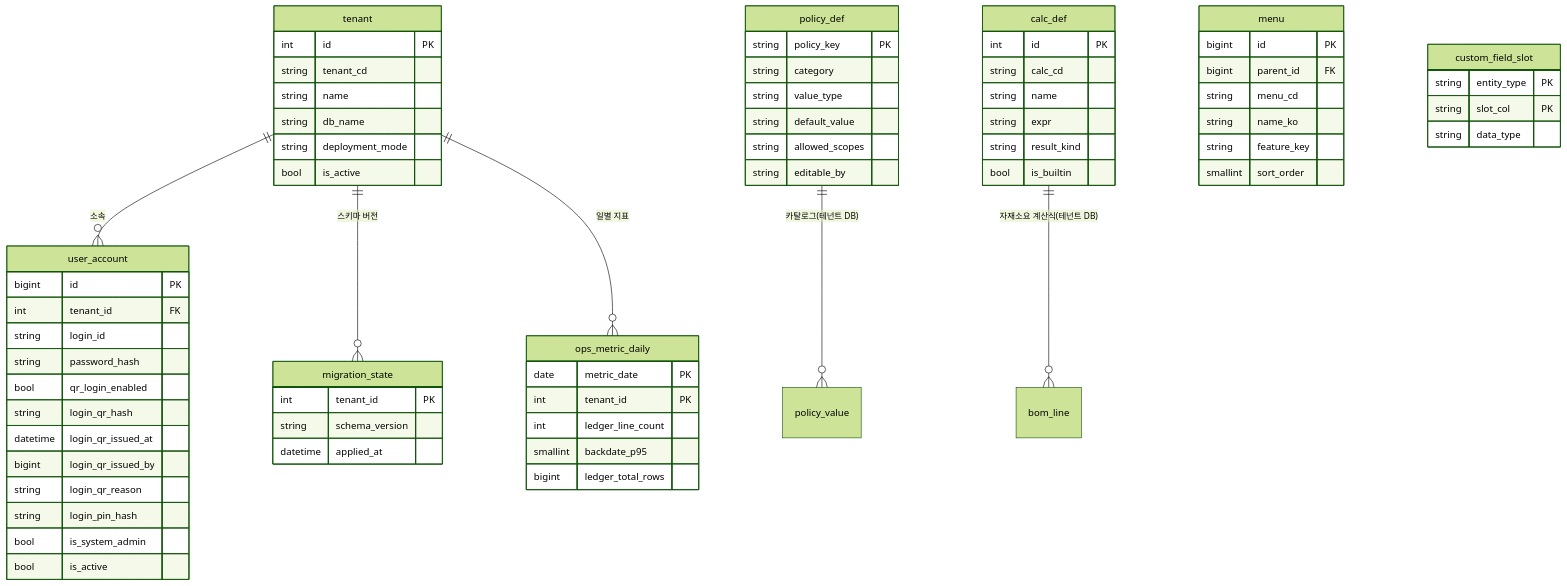
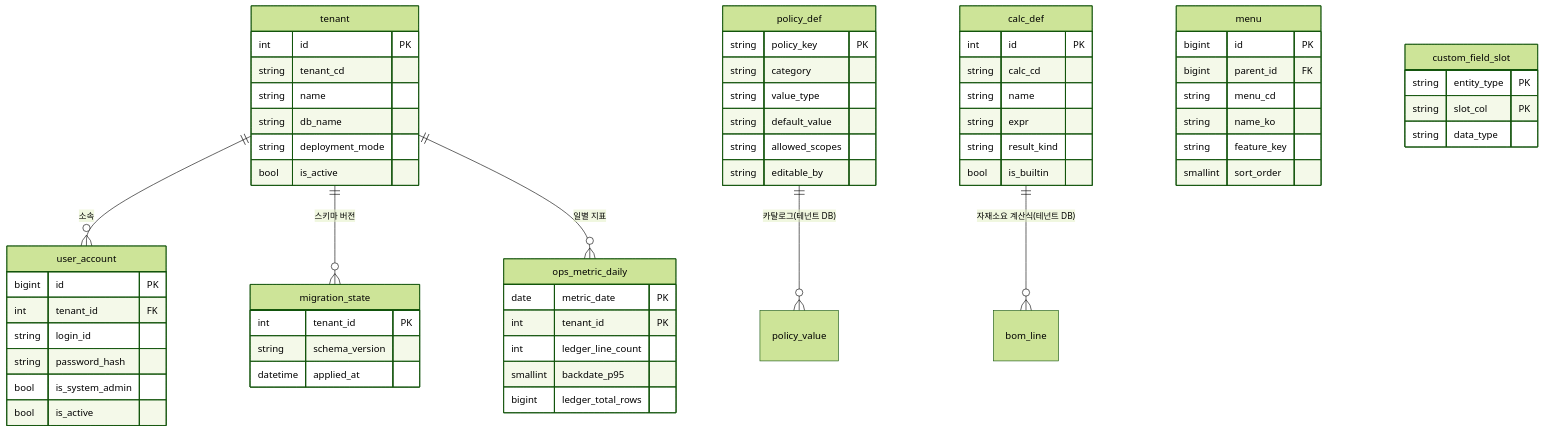
Before and after one commit to kuhyeun/Laravel_ckh: the second of 8 diagrams in docs/ERD.md, drawn with Mermaid (forest theme). The commit also changed other lines of this file and 60 other files, not shown here.

````diff
--- a/docs/ERD.md
+++ b/docs/ERD.md
@@ -89,71 +89,65 @@
 ```mermaid
 erDiagram
   tenant ||--o{ user_account : "소속"
   tenant ||--o{ migration_state : "스키마 버전"
   tenant ||--o{ ops_metric_daily : "일별 지표"
   policy_def ||--o{ policy_value : "카탈로그(테넌트 DB)"
   calc_def ||--o{ bom_line : "자재소요 계산식(테넌트 DB)"
   tenant {
     int id PK
     string tenant_cd
     string name
     string db_name
     string deployment_mode
     bool is_active
   }
   user_account {
     bigint id PK
     int tenant_id FK
     string login_id
     string password_hash
-    bool qr_login_enabled
-    string login_qr_hash
-    datetime login_qr_issued_at
-    bigint login_qr_issued_by
-    string login_qr_reason
-    string login_pin_hash
     bool is_system_admin
     bool is_active
   }
   policy_def {
     string policy_key PK
     string category
     string value_type
     string default_value
     string allowed_scopes
     string editable_by
   }
   calc_def {
     int id PK
     string calc_cd
     string name
     string expr
     string result_kind
     bool is_builtin
   }
   menu {
     bigint id PK
     bigint parent_id FK
     string menu_cd
     string name_ko
     string feature_key
     smallint sort_order
   }
   custom_field_slot {
     string entity_type PK
     string slot_col PK
     string data_type
   }
   ops_metric_daily {
     date metric_date PK
     int tenant_id PK
     int ledger_line_count
     smallint backdate_p95
     bigint ledger_total_rows
   }
   migration_state {
     int tenant_id PK
     string schema_version
     datetime applied_at
   }
 ```
````
